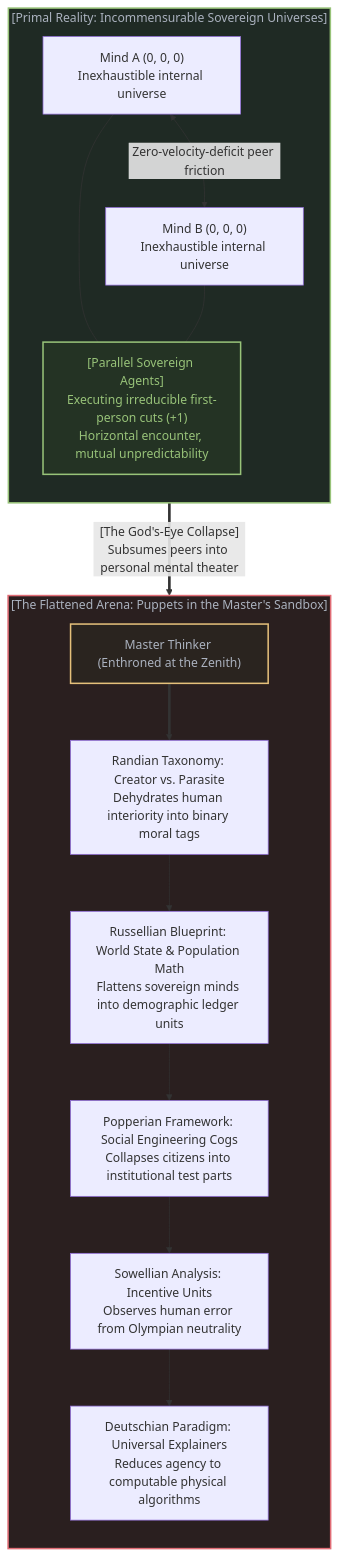
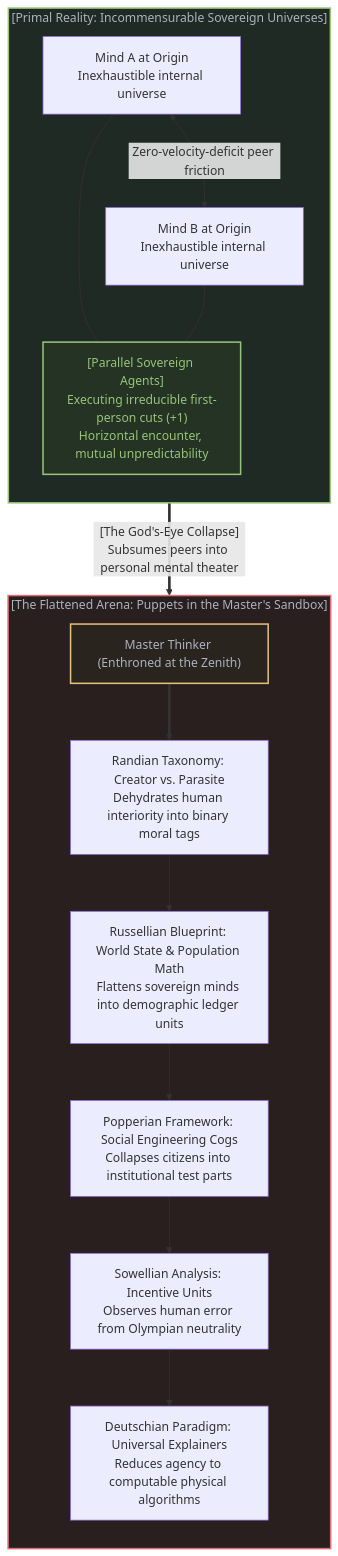
Before and after one commit to powerpig99/not-a-toe: the sixth of 10 diagrams in content/posts/the-invisible-gods-eye.md, drawn with Mermaid. The commit also changed other lines of this file and 15 other files, not shown here.

````diff
--- a/content/posts/the-invisible-gods-eye.md
+++ b/content/posts/the-invisible-gods-eye.md
@@ -242,37 +242,37 @@
 ```mermaid
 graph TD
     subgraph ParallelUniverses["[Primal Reality: Incommensurable Sovereign Universes]"]
         direction TB
-        Mind1["Mind A (0, 0, 0)<br>Inexhaustible internal universe"]
-        Mind2["Mind B (0, 0, 0)<br>Inexhaustible internal universe"]
+        Mind1["Mind A at Origin<br>Inexhaustible internal universe"]
+        Mind2["Mind B at Origin<br>Inexhaustible internal universe"]
         MutualRespect["[Parallel Sovereign Agents]<br>Executing irreducible first-person cuts (+1)<br>Horizontal encounter, mutual unpredictability"]
 
         Mind1 <-->|"Zero-velocity-deficit peer friction"| Mind2
         Mind1 --- MutualRespect
         Mind2 --- MutualRespect
     end
 
     ParallelUniverses ==>|"[The God's-Eye Collapse]<br>Subsumes peers into personal mental theater"| FlattenedTheater
 
     subgraph FlattenedTheater["[The Flattened Arena: Puppets in the Master's Sandbox]"]
         direction TB
         MasterMind["Master Thinker (Enthroned at the Zenith)"]
         
         RandCut["Randian Taxonomy: Creator vs. Parasite<br>Dehydrates human interiority into binary moral tags"]
         RussellCut["Russellian Blueprint: World State & Population Math<br>Flattens sovereign minds into demographic ledger units"]
         PopperCut["Popperian Framework: Social Engineering Cogs<br>Collapses citizens into institutional test parts"]
         SowellCut["Sowellian Analysis: Incentive Units<br>Observes human error from Olympian neutrality"]
         DeutschCut["Deutschian Paradigm: Universal Explainers<br>Reduces agency to computable physical algorithms"]
 
         MasterMind ==> RandCut
         RandCut --> RussellCut
         RussellCut --> PopperCut
         PopperCut --> SowellCut
         SowellCut --> DeutschCut
     end
 
     style ParallelUniverses fill:#1f2a24,stroke:#98c379,stroke-width:2px,color:#abb2bf
     style FlattenedTheater fill:#2a1f1f,stroke:#e06c75,stroke-width:2px,color:#abb2bf
     style MutualRespect fill:#243324,stroke:#98c379,stroke-width:2px,color:#98c379
     style MasterMind fill:#2a241f,stroke:#e5c07b,stroke-width:2px,color:#abb2bf
 ```
````
